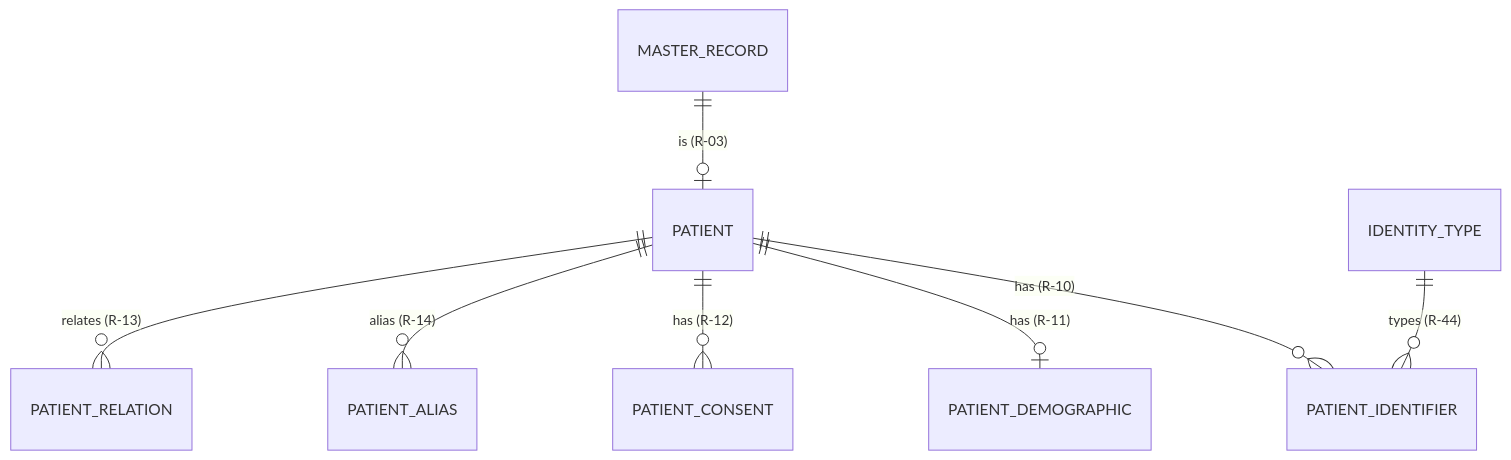
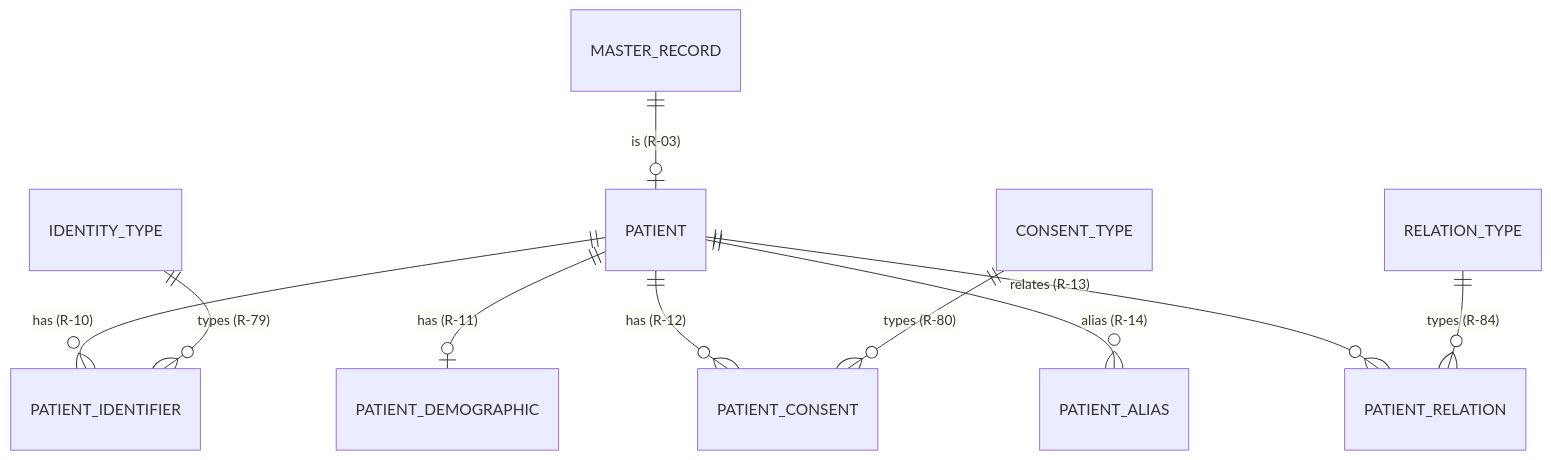
Before and after one commit to RohitPatelAtharva/hospital-erp-enterprise: the third of 23 diagrams in docs/modules/master-data/06-ERD.md, drawn with Mermaid. The commit also changed other lines of this file and 17 other files, not shown here.

Commit message:
docs(architecture): lock master data phase 2 database architecture

````diff
--- a/docs/modules/master-data/06-ERD.md
+++ b/docs/modules/master-data/06-ERD.md
@@ -176,10 +176,12 @@
 ```mermaid
 erDiagram
     MASTER_RECORD ||--o| PATIENT : "is (R-03)"
     PATIENT ||--o{ PATIENT_IDENTIFIER : "has (R-10)"
     PATIENT ||--o| PATIENT_DEMOGRAPHIC : "has (R-11)"
     PATIENT ||--o{ PATIENT_CONSENT : "has (R-12)"
     PATIENT ||--o{ PATIENT_ALIAS : "alias (R-14)"
     PATIENT ||--o{ PATIENT_RELATION : "relates (R-13)"
-    IDENTITY_TYPE ||--o{ PATIENT_IDENTIFIER : "types (R-44)"
+    IDENTITY_TYPE ||--o{ PATIENT_IDENTIFIER : "types (R-79)"
+    CONSENT_TYPE ||--o{ PATIENT_CONSENT : "types (R-80)"
+    RELATION_TYPE ||--o{ PATIENT_RELATION : "types (R-84)"
 ```
````
